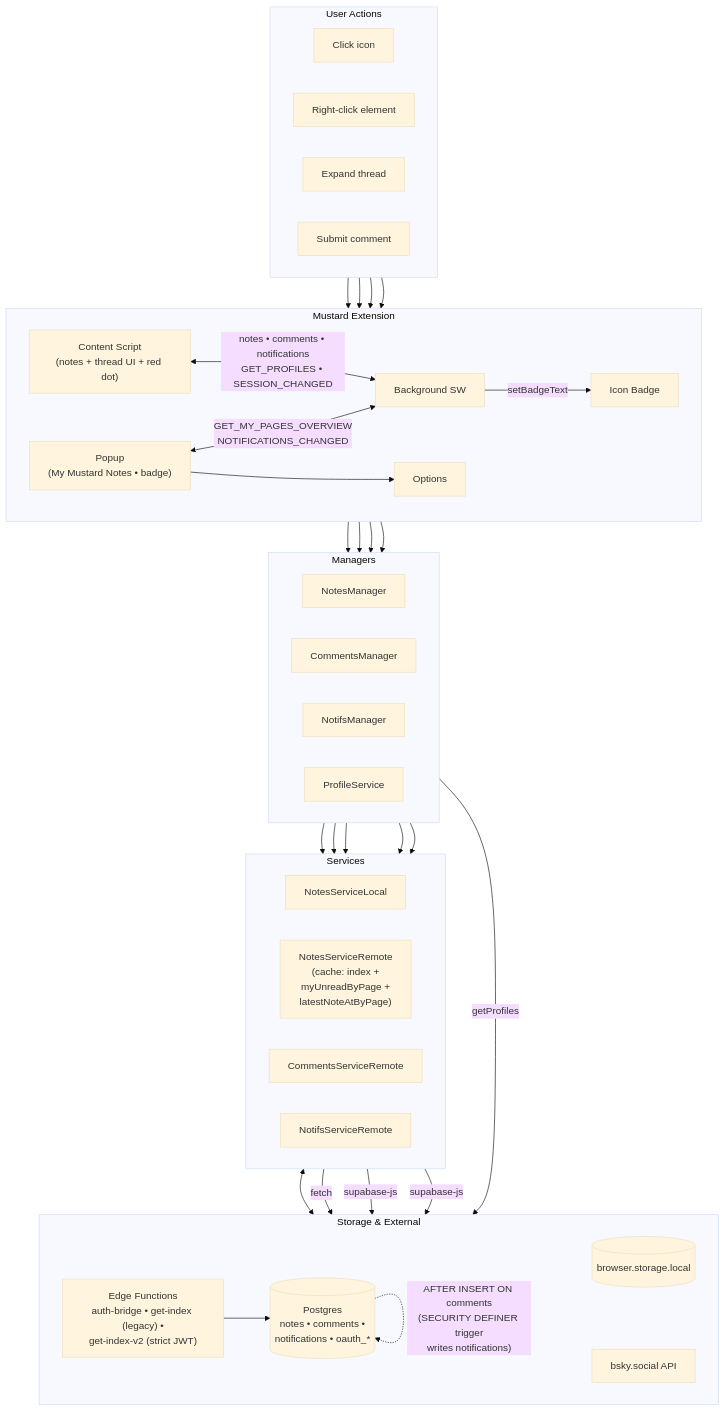
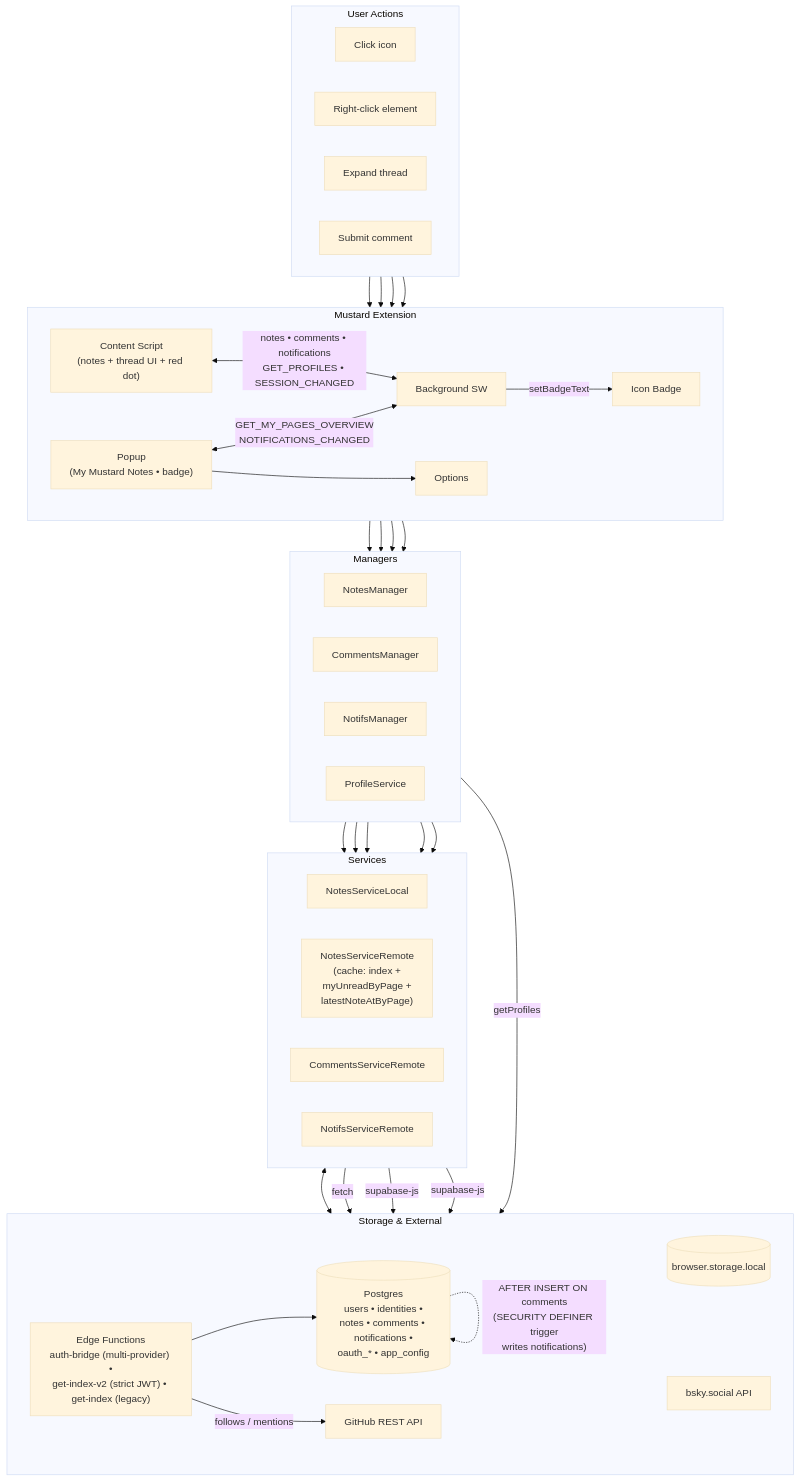
The diagram in .agents/skills/mustard-architecture/SKILL.md (fettstorch/mustard), drawn with Mermaid (base theme) before and after one commit. The commit also changed other lines of this file and 5 other files, not shown here.

First line of the commit message:
feat(docs): update README and Supabase setup for multi-provider authentication

````diff
--- a/.agents/skills/mustard-architecture/SKILL.md
+++ b/.agents/skills/mustard-architecture/SKILL.md
@@ -19,73 +19,75 @@
 ```mermaid
 flowchart TB
     subgraph User["User Actions"]
         direction LR
         Click["Click icon"]
         RightClick["Right-click element"]
         Expand["Expand thread"]
         Comment["Submit comment"]
     end
 
     subgraph Extension["Mustard Extension"]
         direction LR
         Popup["Popup<br/>(My Mustard Notes • badge)"]
         Options["Options"]
         CS["Content Script<br/>(notes + thread UI + red dot)"]
         Badge["Icon Badge"]
         BG["Background SW"]
     end
 
     subgraph Managers["Managers"]
         direction LR
         NotesManager["NotesManager"]
         CommentsManager["CommentsManager"]
         NotifsManager["NotifsManager"]
         ProfileService["ProfileService"]
     end
 
     subgraph Svcs["Services"]
         direction LR
         LocalSvc["NotesServiceLocal"]
         RemoteSvc["NotesServiceRemote<br/>(cache: index +<br/>myUnreadByPage +<br/>latestNoteAtByPage)"]
         CommentsSvc["CommentsServiceRemote"]
         NotifsSvc["NotifsServiceRemote"]
     end
 
     subgraph Storage["Storage & External"]
         direction LR
         ChromeStorage[("browser.storage.local")]
-        EdgeFns["Edge Functions<br/>auth-bridge • get-index (legacy) •<br/>get-index-v2 (strict JWT)"]
-        DB[("Postgres<br/>notes • comments •<br/>notifications • oauth_*")]
+        EdgeFns["Edge Functions<br/>auth-bridge (multi-provider) •<br/>get-index-v2 (strict JWT) • get-index (legacy)"]
+        DB[("Postgres<br/>users • identities •<br/>notes • comments • notifications •<br/>oauth_* • app_config")]
         BSkyAPI["bsky.social API"]
+        GHAPI["GitHub REST API"]
     end
 
     Click --> Popup
     RightClick --> CS
     Expand --> CS
     Comment --> CS
 
     Popup <-->|"GET_MY_PAGES_OVERVIEW<br/>NOTIFICATIONS_CHANGED"| BG
     Popup --> Options
     CS <-->|"notes • comments • notifications<br/>GET_PROFILES • SESSION_CHANGED"| BG
     BG -->|"setBadgeText"| Badge
 
     BG --> NotesManager
     BG --> CommentsManager
     BG --> NotifsManager
     BG --> ProfileService
 
     NotesManager --> LocalSvc
     NotesManager --> RemoteSvc
     CommentsManager --> CommentsSvc
     NotifsManager --> NotifsSvc
     NotifsManager --> RemoteSvc
 
     LocalSvc <--> ChromeStorage
     RemoteSvc -->|"fetch"| EdgeFns
     CommentsSvc -->|"supabase-js"| DB
     NotifsSvc -->|"supabase-js"| DB
     EdgeFns --> DB
+    EdgeFns -->|"follows / mentions"| GHAPI
     ProfileService -->|"getProfiles"| BSkyAPI
 
     DB -.->|"AFTER INSERT ON comments<br/>(SECURITY DEFINER trigger<br/>writes notifications)"| DB
 ```
````
